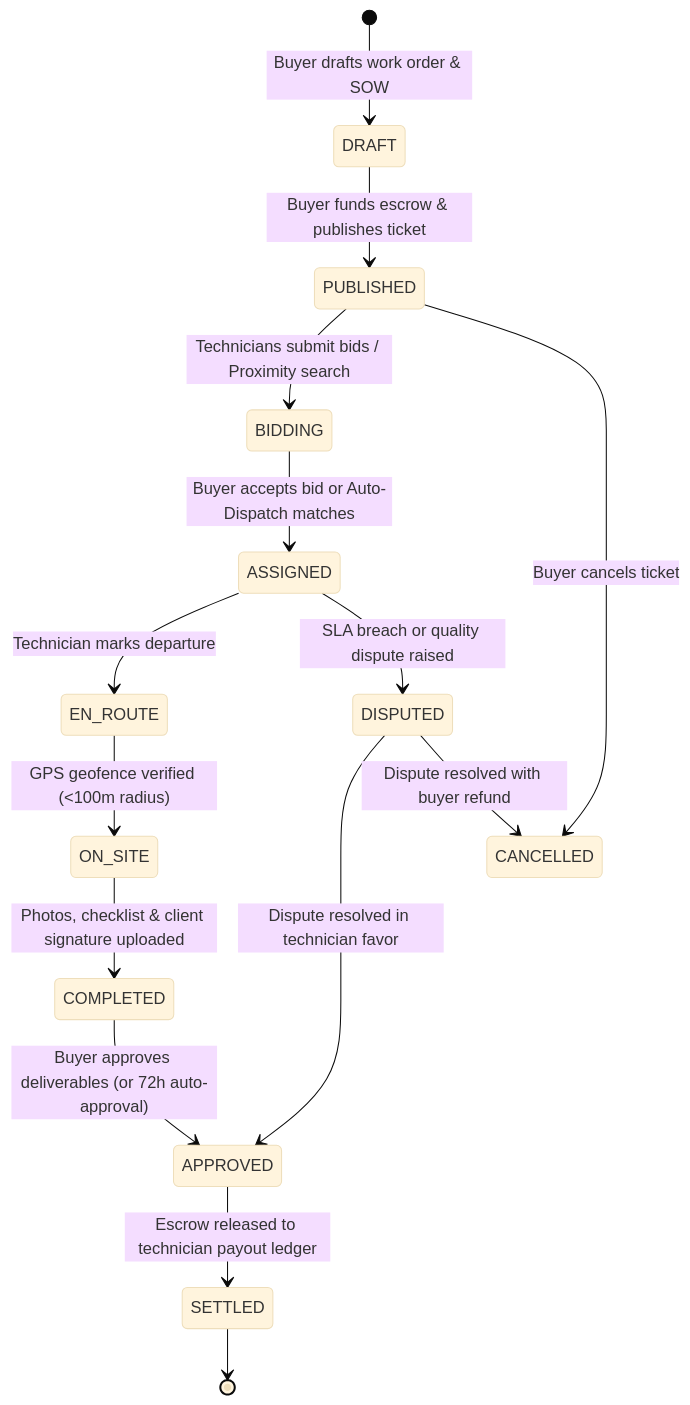
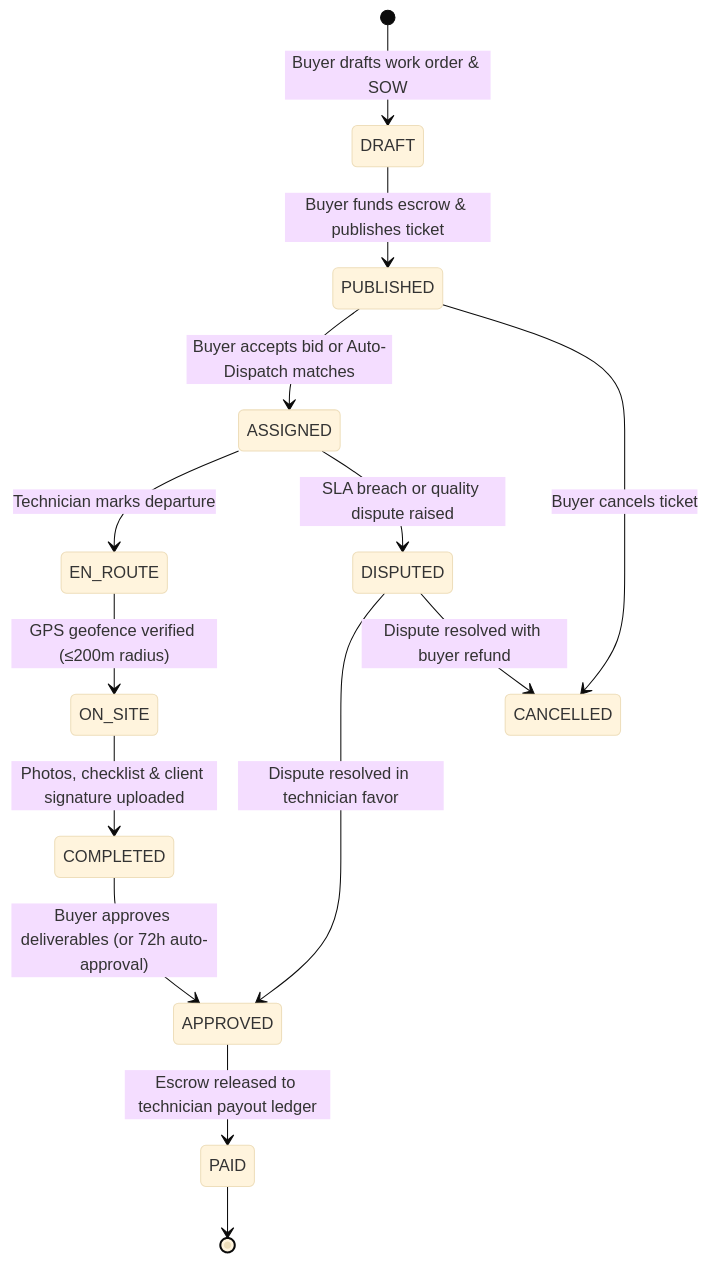
One commit to satya-ranjon/FieldForge changed the second of 2 diagrams in .agent/context/domain_entities.md. Above: the diagram before and after it, drawn with Mermaid (base theme). The commit also changed other lines of this file and 106 other files, not shown here.

````diff
--- a/.agent/context/domain_entities.md
+++ b/.agent/context/domain_entities.md
@@ -97,18 +98,17 @@
 ```mermaid
 stateDiagram-v2
     [*] --> DRAFT: Buyer drafts work order & SOW
     DRAFT --> PUBLISHED: Buyer funds escrow & publishes ticket
-    PUBLISHED --> BIDDING: Technicians submit bids / Proximity search
-    BIDDING --> ASSIGNED: Buyer accepts bid or Auto-Dispatch matches
+    PUBLISHED --> ASSIGNED: Buyer accepts bid or Auto-Dispatch matches
     ASSIGNED --> EN_ROUTE: Technician marks departure
-    EN_ROUTE --> ON_SITE: GPS geofence verified (<100m radius)
+    EN_ROUTE --> ON_SITE: GPS geofence verified (≤200m radius)
     ON_SITE --> COMPLETED: Photos, checklist & client signature uploaded
     COMPLETED --> APPROVED: Buyer approves deliverables (or 72h auto-approval)
-    APPROVED --> SETTLED: Escrow released to technician payout ledger
-    SETTLED --> [*]
+    APPROVED --> PAID: Escrow released to technician payout ledger
+    PAID --> [*]
 
     PUBLISHED --> CANCELLED: Buyer cancels ticket
     ASSIGNED --> DISPUTED: SLA breach or quality dispute raised
     DISPUTED --> APPROVED: Dispute resolved in technician favor
     DISPUTED --> CANCELLED: Dispute resolved with buyer refund
 ```
````
